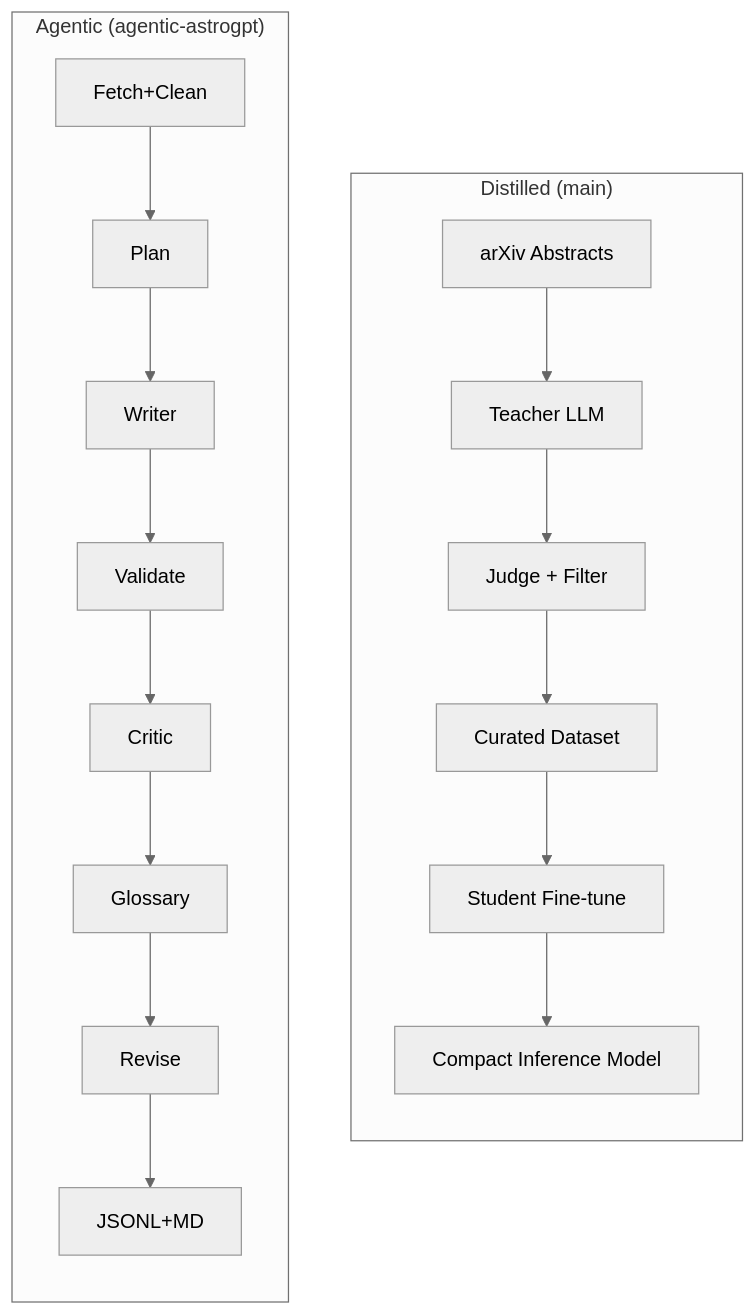
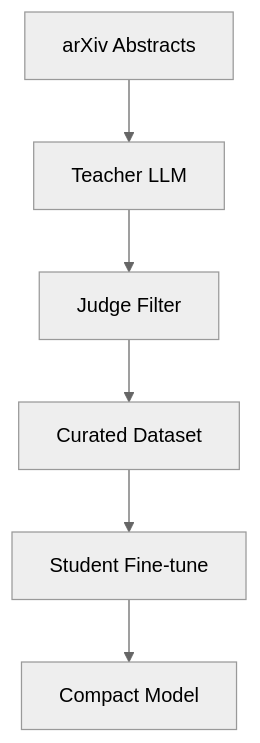
Before and after one commit to daspushpita/MiniAstroGPT: the first of 2 diagrams in README.md, drawn with Mermaid (neutral theme). The commit also changed other lines of this file, not shown here.

````diff
--- a/README.md
+++ b/README.md
@@ -23,22 +23,8 @@
 ```mermaid
 flowchart TD
-  subgraph A["Distilled (main)"]
-    direction TD
-    A1["arXiv Abstracts"] --> A2["Teacher LLM"]
-    A2 --> A3["Judge + Filter"]
-    A3 --> A4["Curated Dataset"]
-    A4 --> A5["Student Fine-tune"]
-    A5 --> A6["Compact Inference Model"]
-  end
-
-  subgraph B["Agentic (agentic-astrogpt)"]
-    direction TD
-    B1["Fetch+Clean"] --> B2["Plan"]
-    B2 --> B3["Writer"]
-    B3 --> B4["Validate"]
-    B4 --> B5["Critic"]
-    B5 --> B6["Glossary"]
-    B6 --> B7["Revise"]
-    B7 --> B8["JSONL+MD"]
-  end
+  A["arXiv Abstracts"] --> B["Teacher LLM"]
+  B --> C["Judge Filter"]
+  C --> D["Curated Dataset"]
+  D --> E["Student Fine-tune"]
+  E --> F["Compact Model"]
 ```
````
